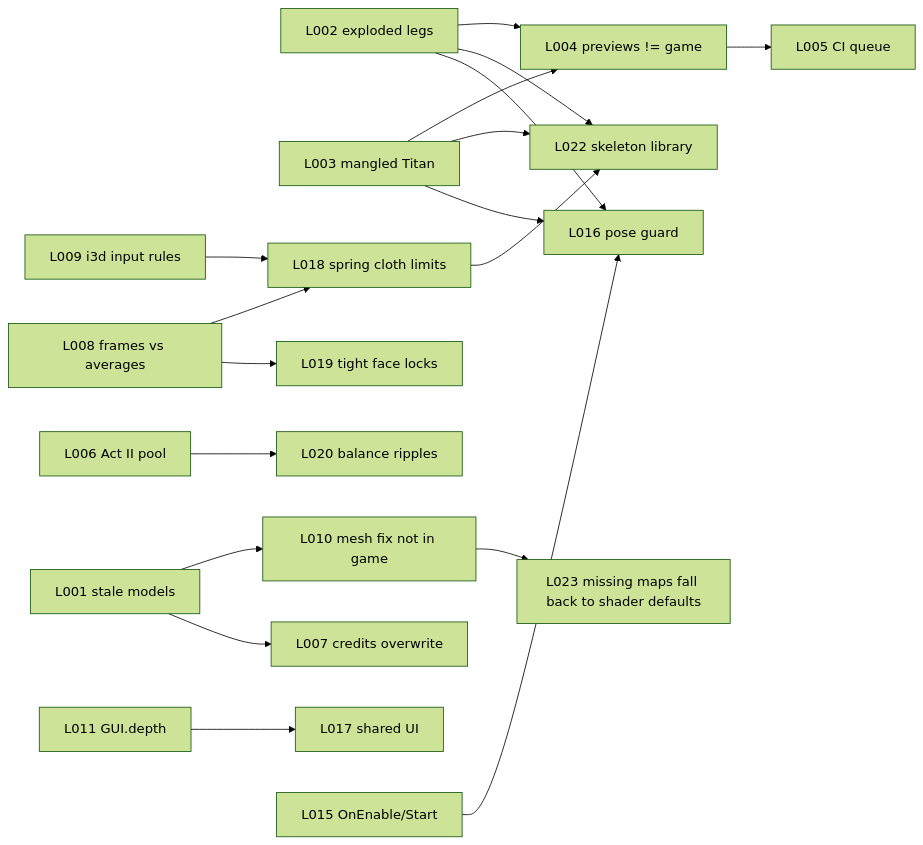
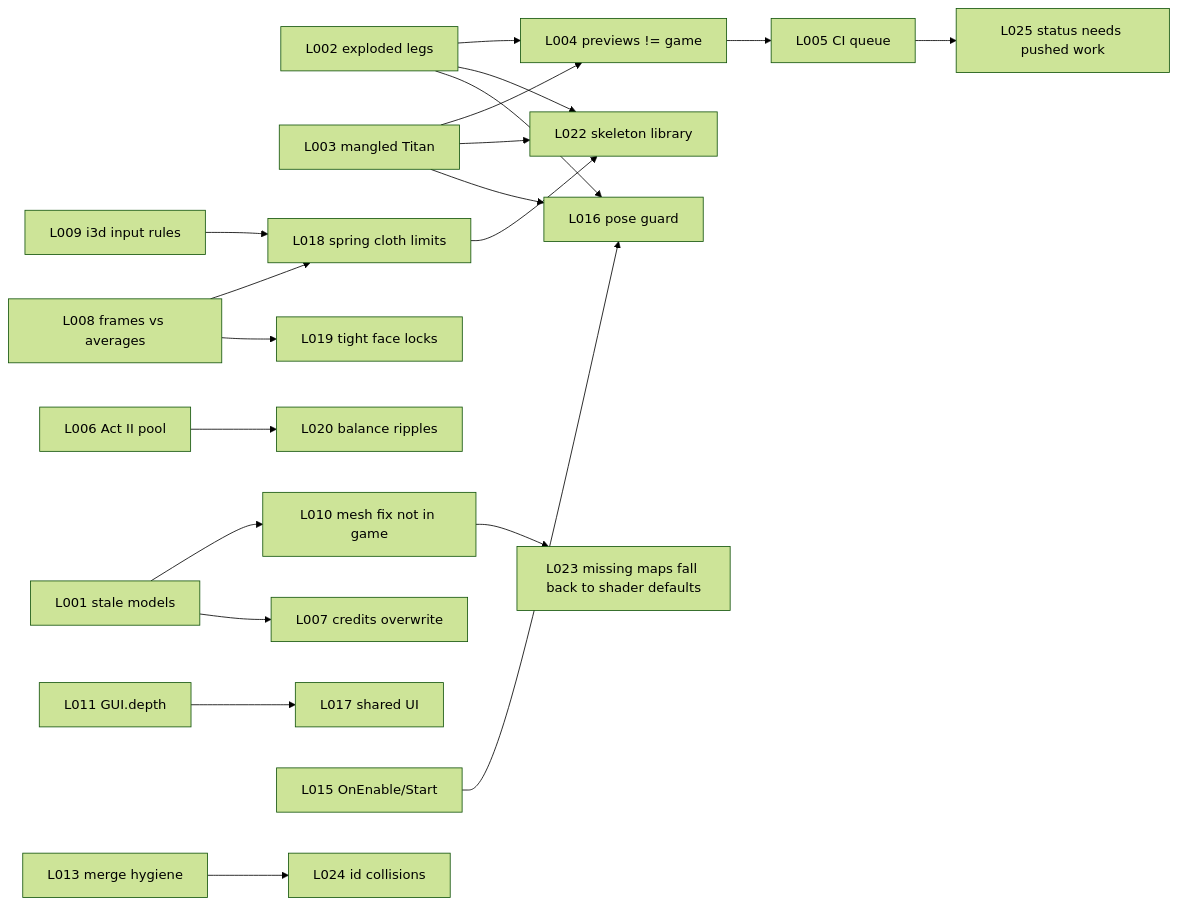
One commit to eqtitan/SigilBound changed the diagram in docs/sigilbound/brain/MAP.md. Above: the diagram before and after it, drawn with Mermaid (forest theme). The commit also changed other lines of this file and 2 other files, not shown here.

First line of the commit message:
Roadmap refresh for 2026-11-28: shipped, in progress, blocked, owner steps, decisions

````diff
--- a/docs/sigilbound/brain/MAP.md
+++ b/docs/sigilbound/brain/MAP.md
@@ -28,20 +28,22 @@
 ```mermaid
 graph LR
   L002[L002 exploded legs] --> L016[L016 pose guard]
   L003[L003 mangled Titan] --> L016
   L002 --> L022[L022 skeleton library]
   L003 --> L022
   L018[L018 spring cloth limits] --> L022
   L004[L004 previews != game] --> L005[L005 CI queue]
   L002 --> L004
   L003 --> L004
   L001[L001 stale models] --> L007[L007 credits overwrite]
   L001 --> L010[L010 mesh fix not in game]
   L010 --> L023[L023 missing maps fall back to shader defaults]
   L006[L006 Act II pool] --> L020[L020 balance ripples]
   L008[L008 frames vs averages] --> L019[L019 tight face locks]
   L008 --> L018
   L009[L009 i3d input rules] --> L018
   L011[L011 GUI.depth] --> L017[L017 shared UI]
   L015[L015 OnEnable/Start] --> L016
+  L013[L013 merge hygiene] --> L024[L024 id collisions]
+  L005 --> L025[L025 status needs pushed work]
 ```
````
